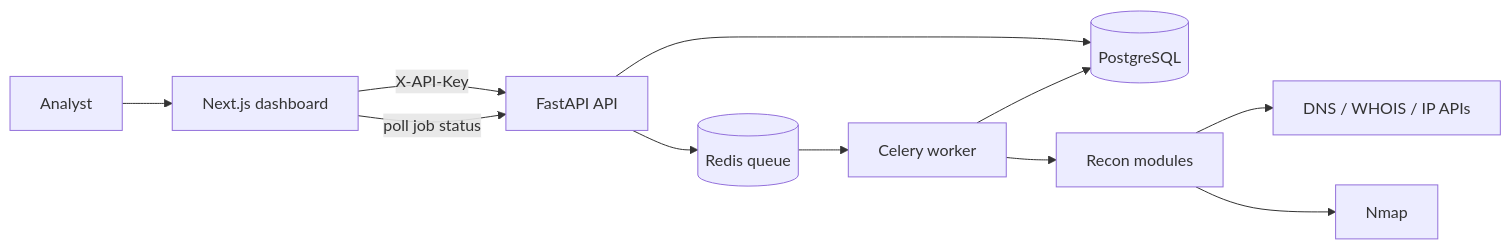
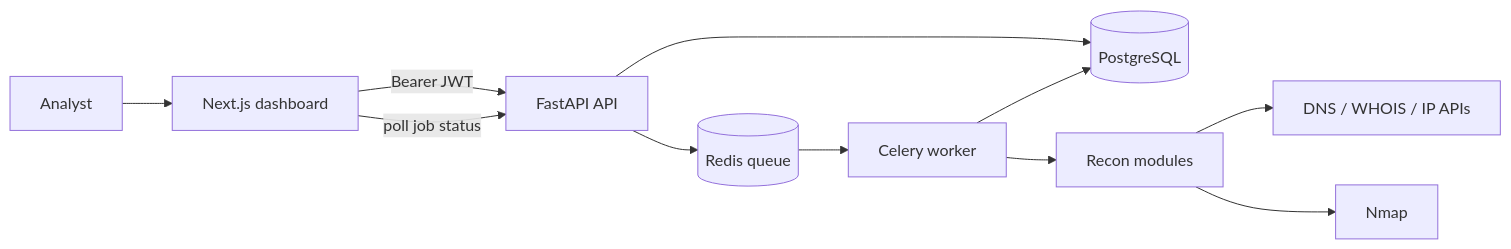
Before and after one commit to Learnlife001/cyberrecon: the diagram in README.md, drawn with Mermaid. The commit also changed other lines of this file and 8 other files, not shown here.

````diff
--- a/README.md
+++ b/README.md
@@ -19,13 +19,13 @@
 ```mermaid
 flowchart LR
     U[Analyst] --> UI[Next.js dashboard]
-    UI -->|X-API-Key| API[FastAPI API]
+    UI -->|Bearer JWT| API[FastAPI API]
     API --> DB[(PostgreSQL)]
     API --> Q[(Redis queue)]
     Q --> W[Celery worker]
     W --> R[Recon modules]
     R --> DNS[DNS / WHOIS / IP APIs]
     R --> NMAP[Nmap]
     W --> DB
     UI -->|poll job status| API
 ```
````
